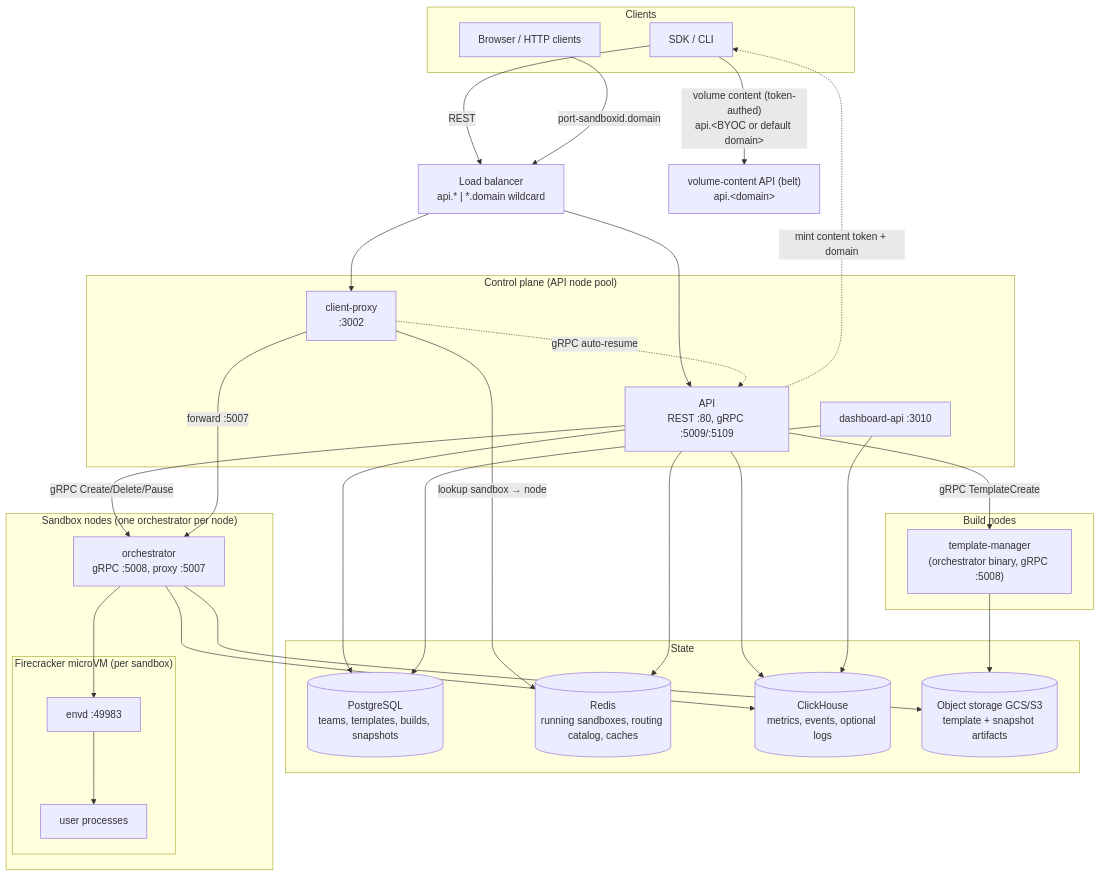
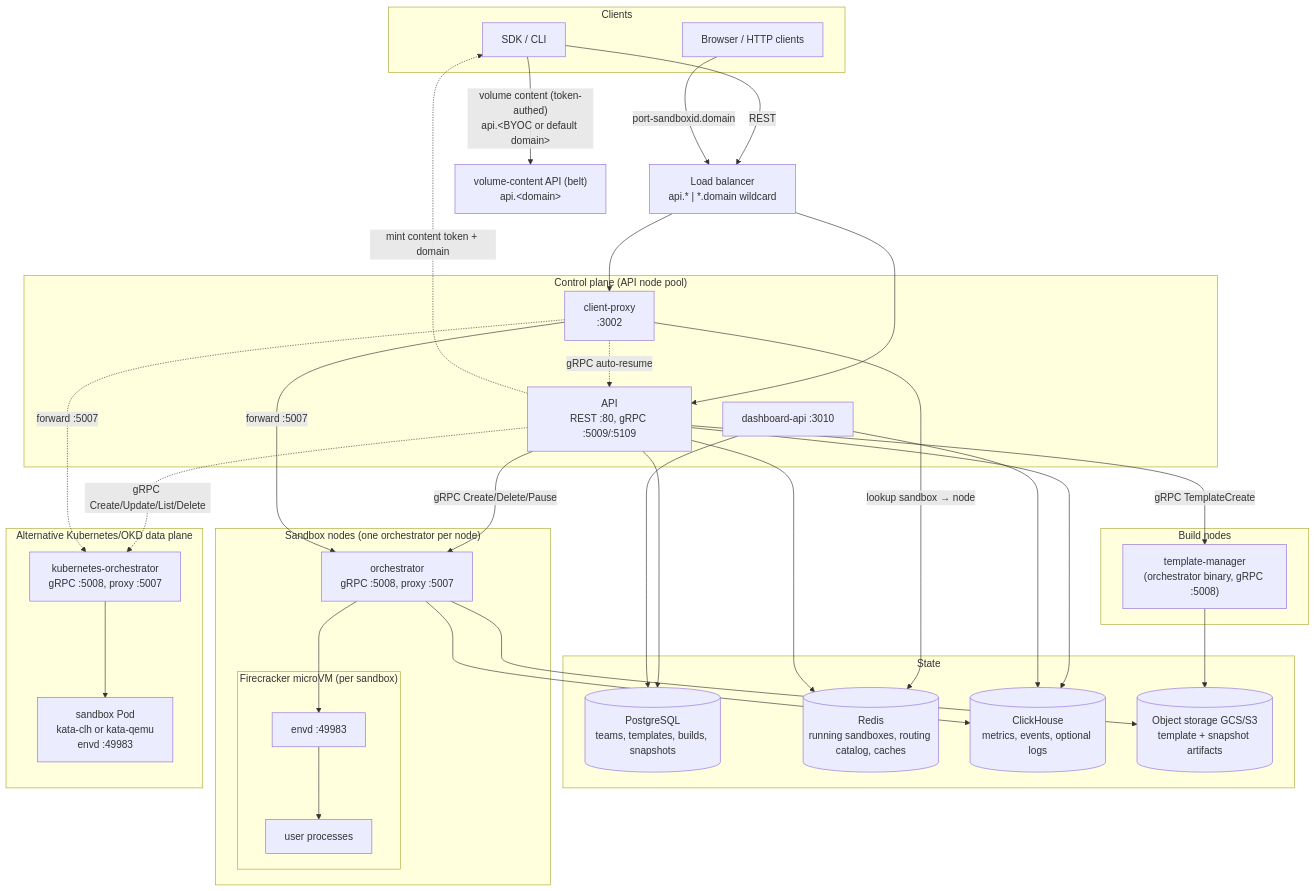
The first of 6 diagrams in docs/ARCHITECTURE.md (e2b-dev/infra), drawn with Mermaid before and after one commit. The commit also changed other lines of this file and 40 other files, not shown here.

Commit message:
feat(orchestrator): add Kubernetes Kata sandbox backend

````diff
--- a/docs/ARCHITECTURE.md
+++ b/docs/ARCHITECTURE.md
@@ -32,52 +34,60 @@
 ```mermaid
 flowchart TB
     subgraph clients["Clients"]
         SDK["SDK / CLI"]
         Browser["Browser / HTTP clients"]
     end
 
     LB["Load balancer<br/>api.* | *.domain wildcard"]
 
     VC["volume-content API (belt)<br/>api.&lt;domain&gt;"]
 
     subgraph controlplane["Control plane (API node pool)"]
         API["API<br/>REST :80, gRPC :5009/:5109"]
         DashAPI["dashboard-api :3010"]
         CP["client-proxy<br/>:3002"]
     end
 
     subgraph datastores["State"]
         PG[("PostgreSQL<br/>teams, templates, builds, snapshots")]
         RD[("Redis<br/>running sandboxes, routing catalog, caches")]
         CH[("ClickHouse<br/>metrics, events, optional logs")]
         OS[("Object storage GCS/S3<br/>template + snapshot artifacts")]
     end
 
     subgraph clientnode["Sandbox nodes (one orchestrator per node)"]
         ORCH["orchestrator<br/>gRPC :5008, proxy :5007"]
         subgraph vm["Firecracker microVM (per sandbox)"]
             ENVD["envd :49983"]
             USERPROC["user processes"]
         end
     end
 
+    subgraph k8s["Alternative Kubernetes/OKD data plane"]
+        KORCH["kubernetes-orchestrator<br/>gRPC :5008, proxy :5007"]
+        KPOD["sandbox Pod<br/>kata-clh or kata-qemu<br/>envd :49983"]
+        KORCH --> KPOD
+    end
+
     subgraph buildnode["Build nodes"]
         TM["template-manager<br/>(orchestrator binary, gRPC :5008)"]
     end
 
     SDK -->|REST| LB --> API
     Browser -->|"port-sandboxid.domain"| LB --> CP
     API -.->|"mint content token + domain"| SDK
     SDK -->|"volume content (token-authed)<br/>api.&lt;BYOC or default domain&gt;"| VC
     API -->|"gRPC Create/Delete/Pause"| ORCH
+    API -.->|"gRPC Create/Update/List/Delete"| KORCH
     API -->|"gRPC TemplateCreate"| TM
     CP -->|"lookup sandbox → node"| RD
     CP -->|"forward :5007"| ORCH
+    CP -.->|"forward :5007"| KORCH
     CP -.->|"gRPC auto-resume"| API
     ORCH --> ENVD
     ENVD --> USERPROC
     API --> PG & RD & CH
     DashAPI --> PG & CH
     ORCH --> OS & CH
     TM --> OS
 ```
````
